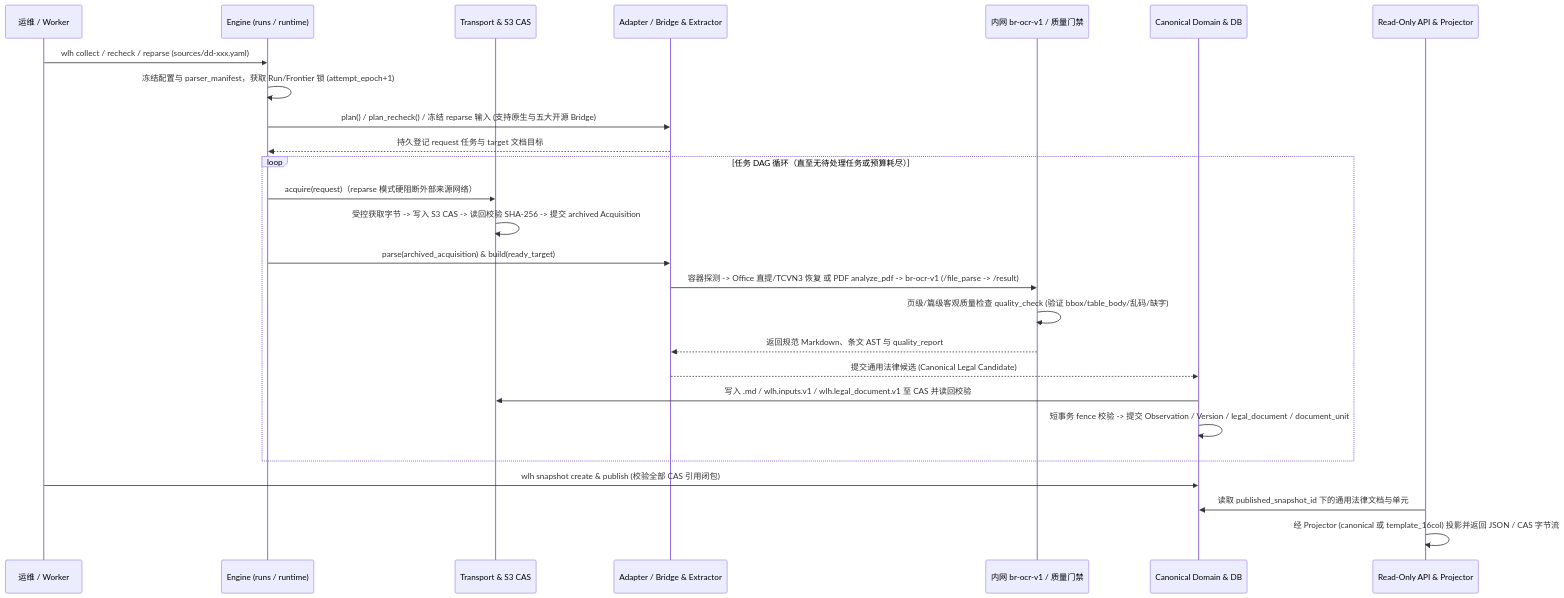
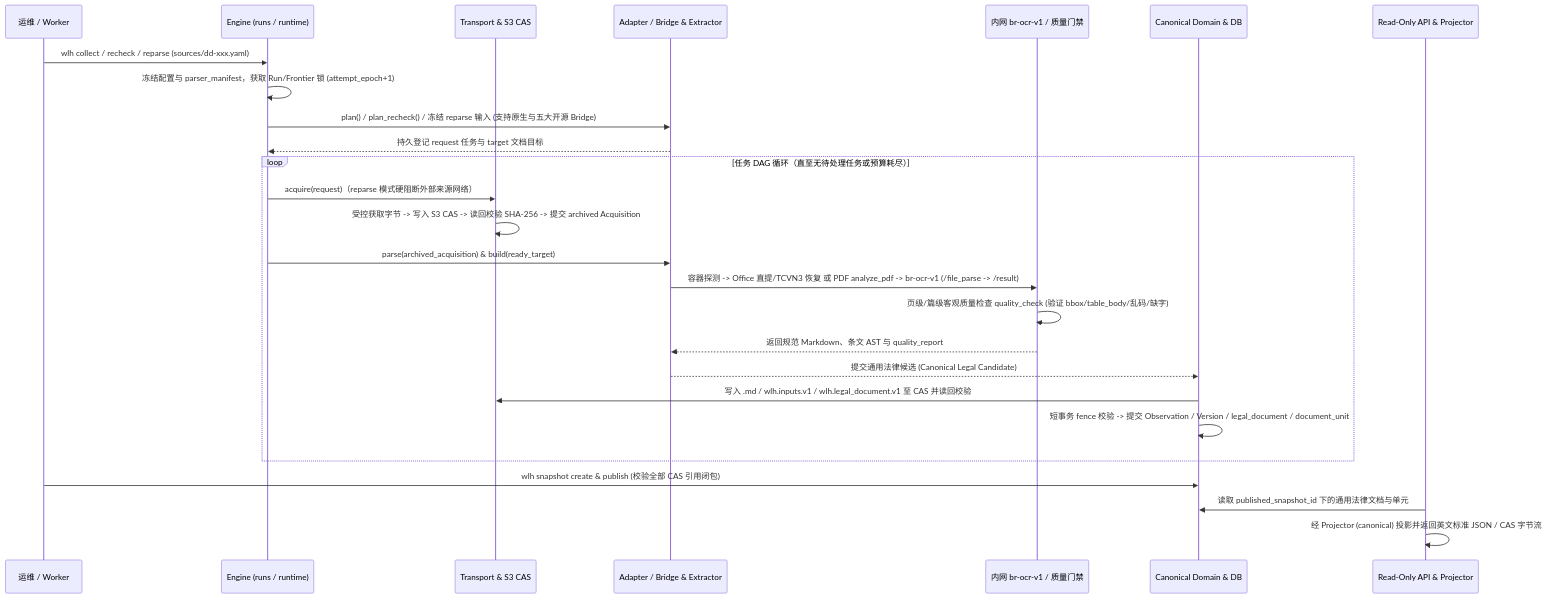
Before and after one commit to nanzhi84/WorldLawHarvester: the second of 2 diagrams in docs/architecture/overview.md, drawn with Mermaid. The commit also changed other lines of this file and 31 other files, not shown here.

````diff
--- a/docs/architecture/overview.md
+++ b/docs/architecture/overview.md
@@ -34,29 +34,29 @@
 ```mermaid
 sequenceDiagram
     participant Op as 运维 / Worker
     participant Engine as Engine (runs / runtime)
     participant Trans as Transport & S3 CAS
     participant Adapter as Adapter / Bridge & Extractor
     participant OCR as 内网 br-ocr-v1 / 质量门禁
     participant Domain as Canonical Domain & DB
     participant API as Read-Only API & Projector
 
     Op->>Engine: wlh collect / recheck / reparse (sources/dd-xxx.yaml)
     Engine->>Engine: 冻结配置与 parser_manifest，获取 Run/Frontier 锁 (attempt_epoch+1)
     Engine->>Adapter: plan() / plan_recheck() / 冻结 reparse 输入 (支持原生与五大开源 Bridge)
     Adapter-->>Engine: 持久登记 request 任务与 target 文档目标
     loop 任务 DAG 循环（直至无待处理任务或预算耗尽）
         Engine->>Trans: acquire(request)（reparse 模式硬阻断外部来源网络）
         Trans->>Trans: 受控获取字节 -> 写入 S3 CAS -> 读回校验 SHA-256 -> 提交 archived Acquisition
         Engine->>Adapter: parse(archived_acquisition) & build(ready_target)
         Adapter->>OCR: 容器探测 -> Office 直提/TCVN3 恢复 或 PDF analyze_pdf -> br-ocr-v1 (/file_parse -> /result)
         OCR->>OCR: 页级/篇级客观质量检查 quality_check (验证 bbox/table_body/乱码/缺字)
         OCR-->>Adapter: 返回规范 Markdown、条文 AST 与 quality_report
         Adapter-->>Domain: 提交通用法律候选 (Canonical Legal Candidate)
         Domain->>Trans: 写入 .md / wlh.inputs.v1 / wlh.legal_document.v1 至 CAS 并读回校验
         Domain->>Domain: 短事务 fence 校验 -> 提交 Observation / Version / legal_document / document_unit
     end
     Op->>Domain: wlh snapshot create & publish (校验全部 CAS 引用闭包)
     API->>Domain: 读取 published_snapshot_id 下的通用法律文档与单元
-    API->>API: 经 Projector (canonical 或 template_16col) 投影并返回 JSON / CAS 字节流
+    API->>API: 经 Projector (canonical) 投影并返回英文标准 JSON / CAS 字节流
 ```
````
